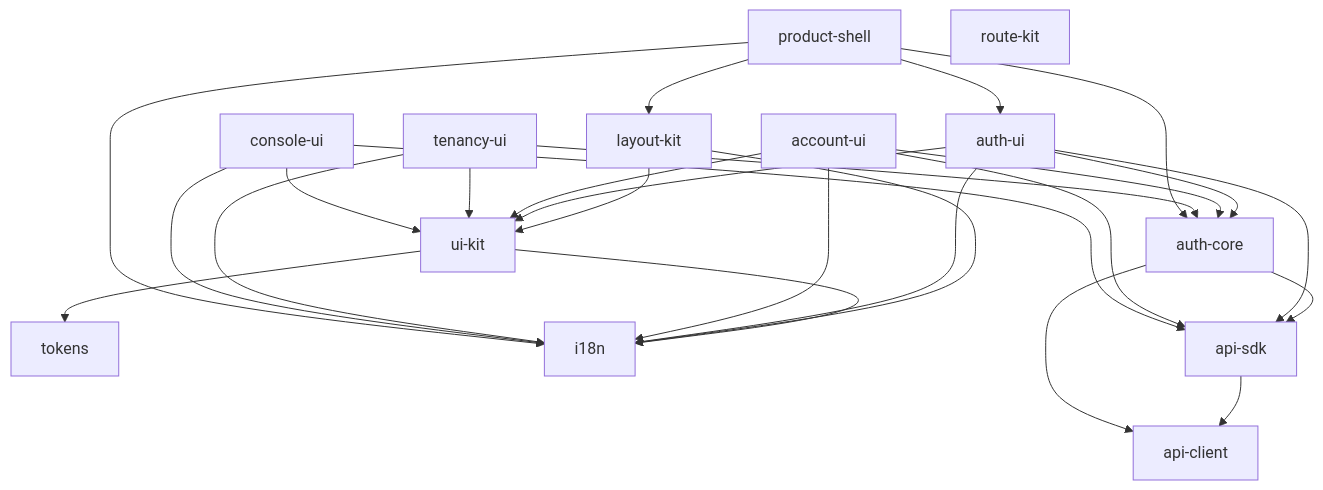
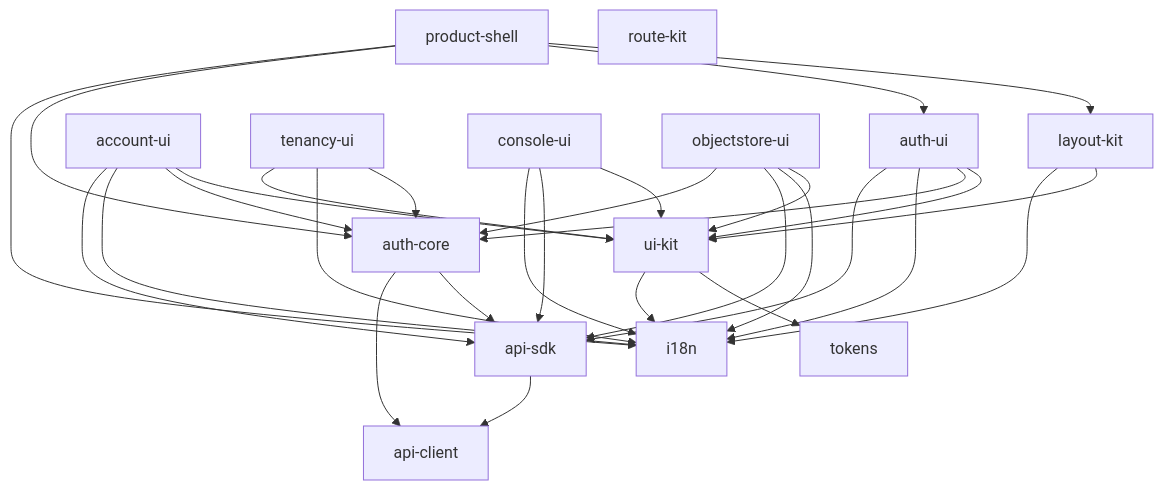
One commit to wangzw/speed changed the diagram in docs/design/modules/web/design-web.md. Above: the diagram before and after it, drawn with Mermaid. The commit also changed other lines of this file and 37 other files, not shown here.

````diff
--- a/docs/design/modules/web/design-web.md
+++ b/docs/design/modules/web/design-web.md
@@ -132,32 +133,36 @@
 ```mermaid
 graph TD
     tokens
     i18n
     api-client
     ui-kit --> tokens
     ui-kit --> i18n
     layout-kit --> ui-kit
     layout-kit --> i18n
     api-sdk --> api-client
     auth-core --> api-sdk
     auth-core --> api-client
     auth-ui --> ui-kit
     auth-ui --> auth-core
     auth-ui --> i18n
     auth-ui --> api-sdk
     account-ui --> ui-kit
     account-ui --> auth-core
     account-ui --> i18n
     account-ui --> api-sdk
     tenancy-ui --> auth-core
     tenancy-ui --> i18n
     tenancy-ui --> ui-kit
     console-ui --> ui-kit
     console-ui --> api-sdk
     console-ui --> i18n
+    objectstore-ui --> ui-kit
+    objectstore-ui --> i18n
+    objectstore-ui --> api-sdk
+    objectstore-ui --> auth-core
     product-shell --> layout-kit
     product-shell --> auth-ui
     product-shell --> auth-core
     product-shell --> i18n
     route-kit
 ```
````
